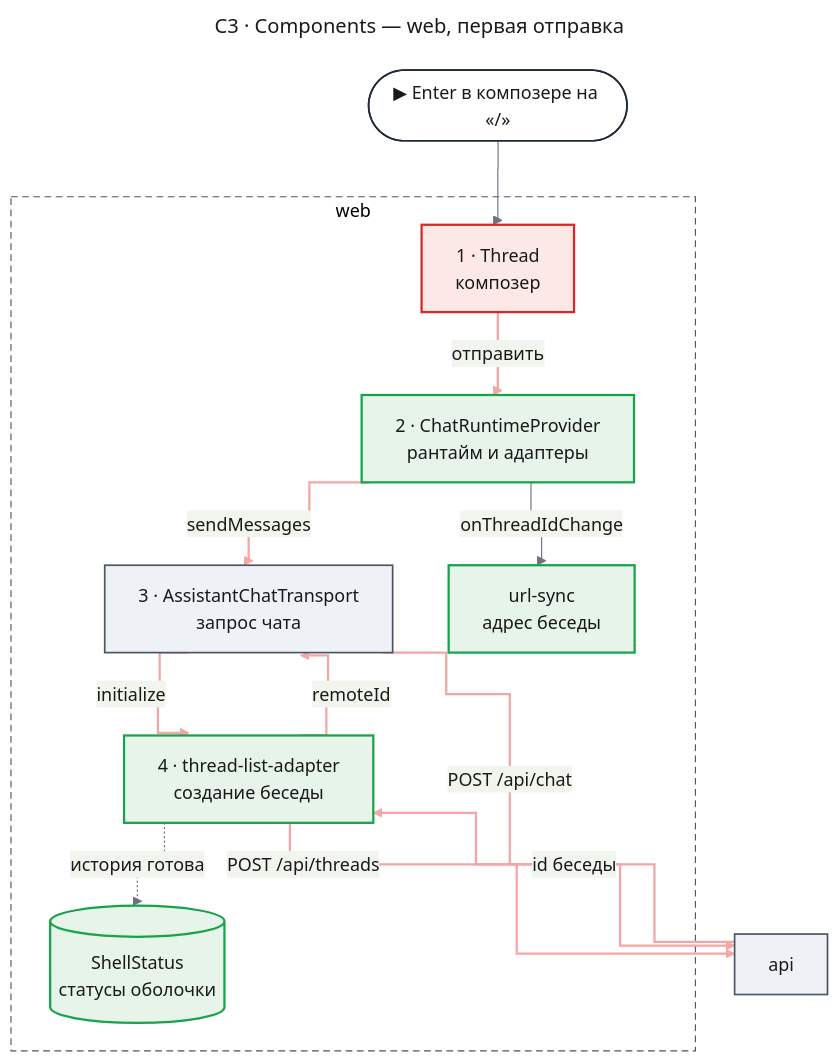
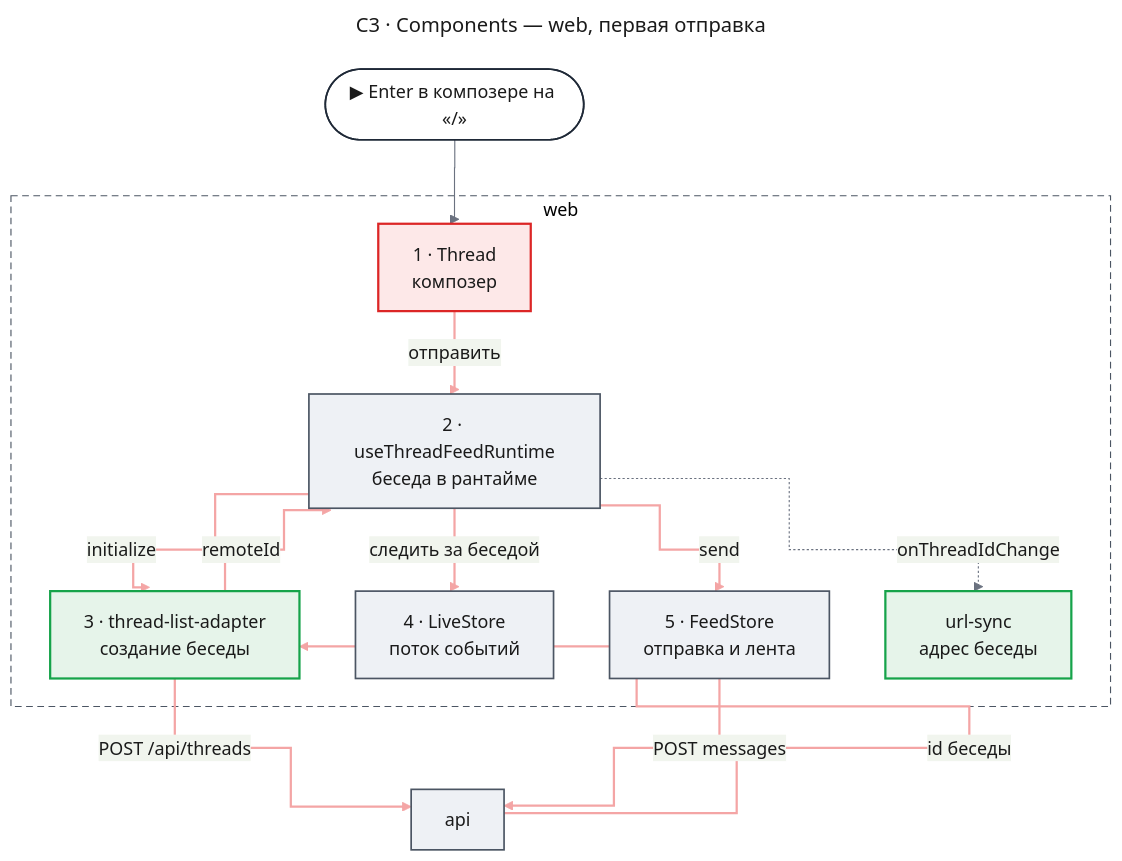
One commit to tundraray/agent-os changed the second of 8 diagrams in docs/features/chat-shell/design-web-shell.md. Above: the diagram before and after it, drawn with Mermaid. The commit also changed other lines of this file and 1225 other files, not shown here.

````diff
--- a/docs/features/chat-shell/design-web-shell.md
+++ b/docs/features/chat-shell/design-web-shell.md
@@ -447,61 +264,63 @@
 ```mermaid
 ---
 title: "C3 · Components — web, первая отправка"
 config:
   theme: base
   look: classic
   themeVariables:
     primaryColor: "#eef1f5"
     primaryBorderColor: "#4b5563"
     primaryTextColor: "#1a1a1a"
     lineColor: "#6b7280"
   flowchart:
     curve: step
   themeCSS: |
-    @keyframes lit_c3w{0%,12.86%{stroke:#991b1b;stroke-width:6px}14.29%,100%{stroke:#f4a5a5;stroke-width:2px}}
+    @keyframes lit_c3w{0%,11.25%{stroke:#991b1b;stroke-width:6px}12.5%,100%{stroke:#f4a5a5;stroke-width:2px}}
 ---
 flowchart TB
     entry(["▶ Enter в композере на «/»"])
     subgraph webw["web"]
         comp["1 · Thread<br/>композер"]
-        rt["2 · ChatRuntimeProvider<br/>рантайм и адаптеры"]
-        tr["3 · AssistantChatTransport<br/>запрос чата"]
-        la["4 · thread-list-adapter<br/>создание беседы"]
+        rt["2 · useThreadFeedRuntime<br/>беседа в рантайме"]
+        la["3 · thread-list-adapter<br/>создание беседы"]
+        live["4 · LiveStore<br/>поток событий"]
+        feed["5 · FeedStore<br/>отправка и лента"]
         url["url-sync<br/>адрес беседы"]
-        ss[("ShellStatus<br/>статусы оболочки")]
     end
     api["api"]
     entry --> comp
     comp e1@-->|"отправить"| rt
-    rt e2@-->|"sendMessages"| tr
-    tr e3@-->|"initialize"| la
-    la e4@-->|"POST /api/threads"| api
-    api e5@-->|"id беседы"| la
-    la e6@-->|"remoteId"| tr
-    tr e7@-->|"POST /api/chat"| api
-    rt -->|"onThreadIdChange"| url
-    la -.->|"история готова"| ss
+    rt e2@-->|"initialize"| la
+    la e3@-->|"POST /api/threads"| api
+    api e4@-->|"id беседы"| la
+    la e5@-->|"remoteId"| rt
+    rt e6@-->|"следить за беседой"| live
+    rt e7@-->|"send"| feed
+    feed e8@-->|"POST messages"| api
+    rt -.->|"onThreadIdChange"| url
     classDef entry fill:#ffffff,stroke:#1f2937,stroke-width:1.5px,color:#1a1a1a
     classDef changed fill:#fde8e8,stroke:#dc2626,stroke-width:2px,color:#1a1a1a
     classDef new fill:#e6f4ea,stroke:#16a34a,stroke-width:2px,color:#1a1a1a
     classDef unchanged fill:#eef1f5,stroke:#4b5563,stroke-width:1.5px,color:#1a1a1a
     style webw fill:none,stroke:#4b5563,stroke-width:1px,stroke-dasharray:6 4
     class entry entry
     class comp changed
-    class rt,la,url,ss new
-    class tr,api unchanged
-    classDef s1 stroke:#f4a5a5,stroke-width:2px,animation:lit_c3w 8.4s linear 0.0s infinite
-    classDef s2 stroke:#f4a5a5,stroke-width:2px,animation:lit_c3w 8.4s linear 1.2s infinite
-    classDef s3 stroke:#f4a5a5,stroke-width:2px,animation:lit_c3w 8.4s linear 2.4s infinite
-    classDef s4 stroke:#f4a5a5,stroke-width:2px,animation:lit_c3w 8.4s linear 3.6s infinite
-    classDef s5 stroke:#f4a5a5,stroke-width:2px,animation:lit_c3w 8.4s linear 4.8s infinite
-    classDef s6 stroke:#f4a5a5,stroke-width:2px,animation:lit_c3w 8.4s linear 6.0s infinite
-    classDef s7 stroke:#f4a5a5,stroke-width:2px,animation:lit_c3w 8.4s linear 7.2s infinite
+    class la,url new
+    class rt,live,feed,api unchanged
+    classDef s1 stroke:#f4a5a5,stroke-width:2px,animation:lit_c3w 9.6s linear 0.0s infinite
+    classDef s2 stroke:#f4a5a5,stroke-width:2px,animation:lit_c3w 9.6s linear 1.2s infinite
+    classDef s3 stroke:#f4a5a5,stroke-width:2px,animation:lit_c3w 9.6s linear 2.4s infinite
+    classDef s4 stroke:#f4a5a5,stroke-width:2px,animation:lit_c3w 9.6s linear 3.6s infinite
+    classDef s5 stroke:#f4a5a5,stroke-width:2px,animation:lit_c3w 9.6s linear 4.8s infinite
+    classDef s6 stroke:#f4a5a5,stroke-width:2px,animation:lit_c3w 9.6s linear 6.0s infinite
+    classDef s7 stroke:#f4a5a5,stroke-width:2px,animation:lit_c3w 9.6s linear 7.2s infinite
+    classDef s8 stroke:#f4a5a5,stroke-width:2px,animation:lit_c3w 9.6s linear 8.4s infinite
     class e1 s1
     class e2 s2
     class e3 s3
     class e4 s4
     class e5 s5
     class e6 s6
     class e7 s7
+    class e8 s8
 ```
````
